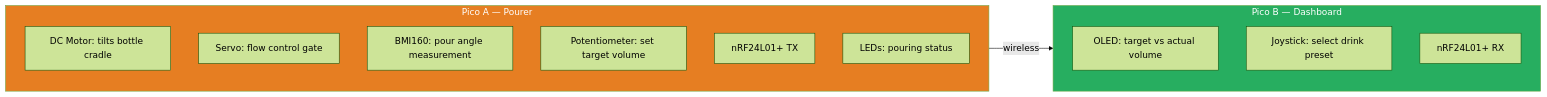
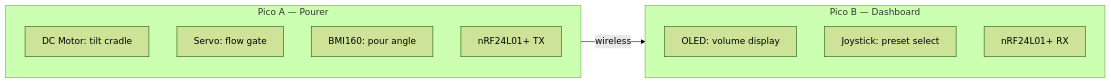
One commit to doyun-gu/hack-a-bot-2026 changed the eighth of 13 diagrams in docs/idea-shortlist-v2.md. Above: the diagram before and after it, drawn with Mermaid (forest theme). The commit also changed other lines of this file and 3 other files, not shown here.

First line of the commit message:
Clean up diagrams + add EEE theory + ventilation application

````diff
--- a/docs/idea-shortlist-v2.md
+++ b/docs/idea-shortlist-v2.md
@@ -288,22 +255,17 @@
 ```mermaid
 graph LR
     subgraph POURER["Pico A — Pourer"]
-        P_MOTOR["DC Motor: tilts bottle cradle"]
-        P_SERVO["Servo: flow control gate"]
-        P_IMU["BMI160: pour angle measurement"]
-        P_POT["Potentiometer: set target volume"]
-        P_NRF["nRF24L01+ TX"]
-        P_LED["LEDs: pouring status"]
+        P1[DC Motor: tilt cradle]
+        P2[Servo: flow gate]
+        P3[BMI160: pour angle]
+        P4[nRF24L01+ TX]
     end
 
     subgraph DASH["Pico B — Dashboard"]
-        D_OLED["OLED: target vs actual volume"]
-        D_JOY["Joystick: select drink preset"]
-        D_NRF["nRF24L01+ RX"]
+        D1[OLED: volume display]
+        D2[Joystick: preset select]
+        D3[nRF24L01+ RX]
     end
 
-    POURER -->|"wireless"| DASH
-
-    style POURER fill:#e67e22,color:#fff
-    style DASH fill:#27ae60,color:#fff
+    POURER -->|wireless| DASH
 ```
````
